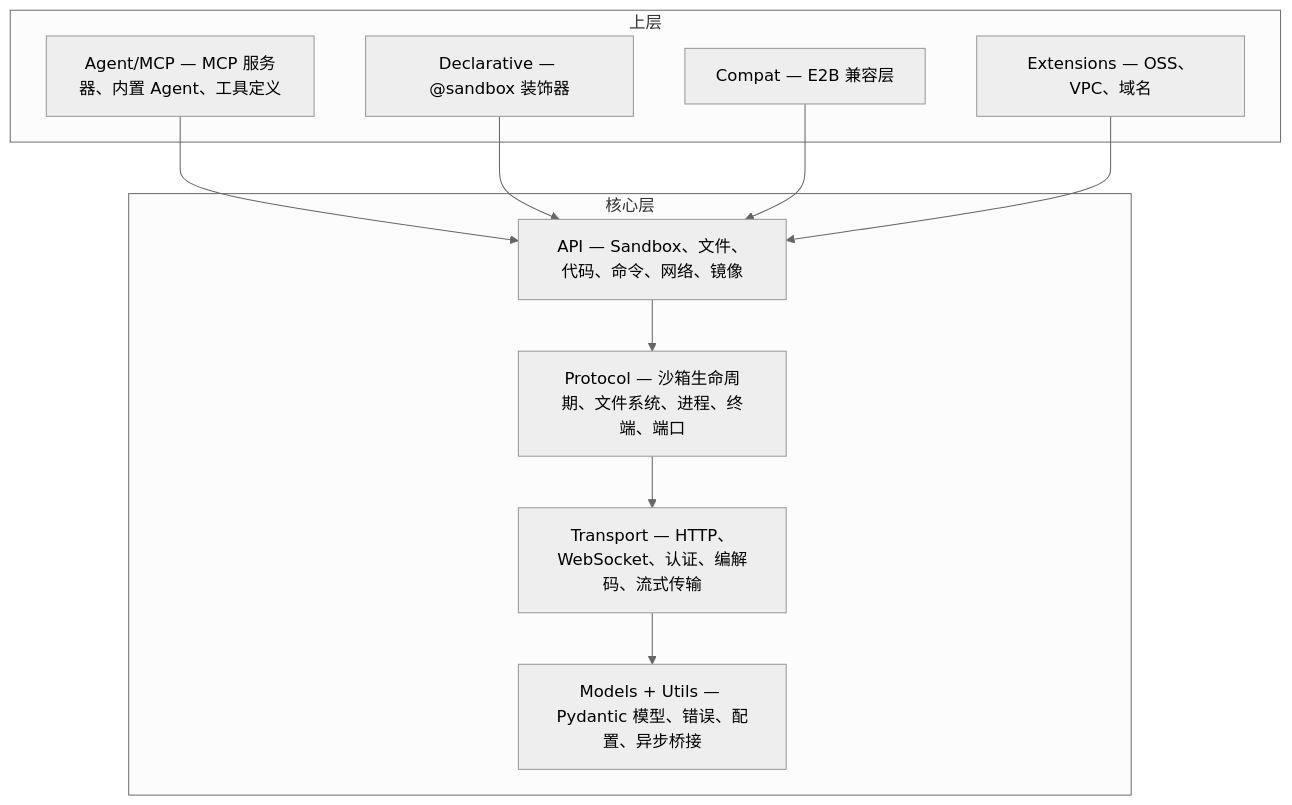
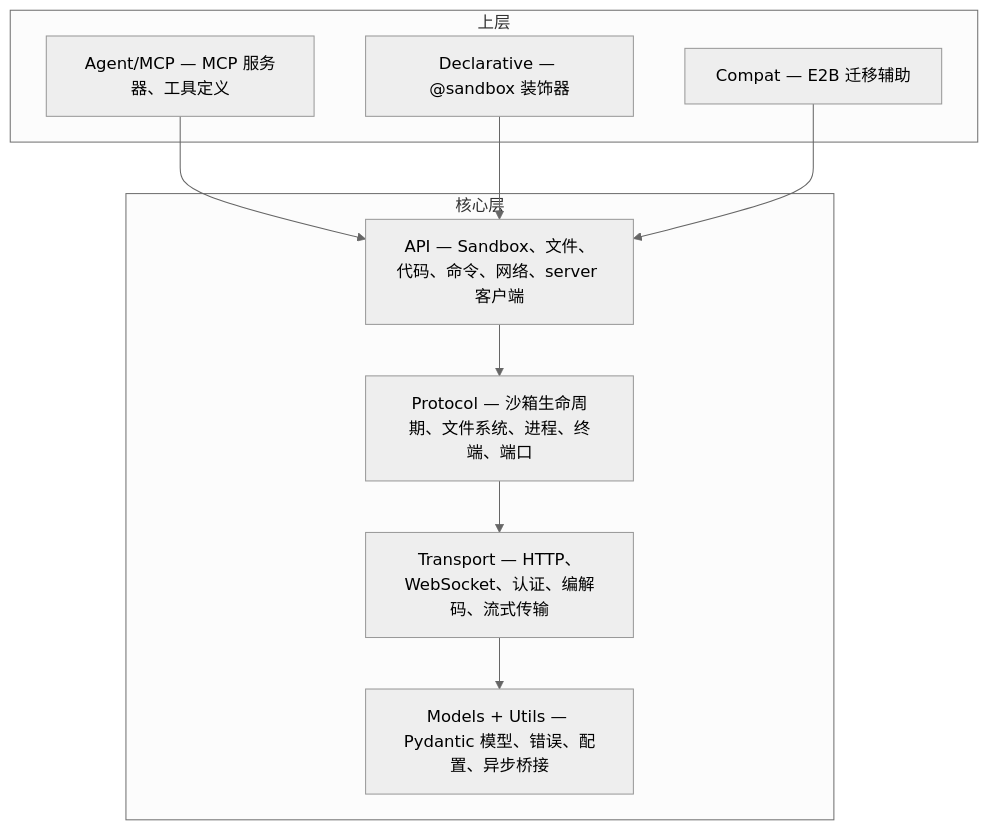
One commit to Alibaba-Agent-Sandbox/python-sdk changed the diagram in docs/zh/DESIGN.md. Above: the diagram before and after it, drawn with Mermaid (neutral theme). The commit also changed other lines of this file and 819 other files, not shown here.

Commit message:
Publish the Agent Sandbox Python SDK: one endpoint table, one policy engine, and the runtime client.

````diff
--- a/docs/zh/DESIGN.md
+++ b/docs/zh/DESIGN.md
@@ -42,21 +42,19 @@
 ```mermaid
 graph TB
     subgraph Upper["上层"]
-        Agent["Agent/MCP — MCP 服务器、内置 Agent、工具定义"]
+        Agent["Agent/MCP — MCP 服务器、工具定义"]
         Decl["Declarative — @sandbox 装饰器"]
-        Compat["Compat — E2B 兼容层"]
-        Ext["Extensions — OSS、VPC、域名"]
+        Compat["Compat — E2B 迁移辅助"]
     end
     subgraph Core["核心层"]
-        L3["API — Sandbox、文件、代码、命令、网络、镜像"]
+        L3["API — Sandbox、文件、代码、命令、网络、server 客户端"]
         L2["Protocol — 沙箱生命周期、文件系统、进程、终端、端口"]
         L1["Transport — HTTP、WebSocket、认证、编解码、流式传输"]
         L0["Models + Utils — Pydantic 模型、错误、配置、异步桥接"]
     end
 
     Agent --> L3
     Decl --> L3
     Compat --> L3
-    Ext --> L3
     L3 --> L2 --> L1 --> L0
 ```
````
